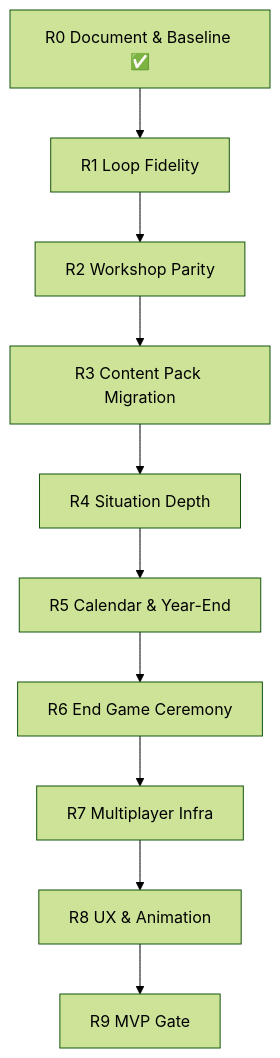
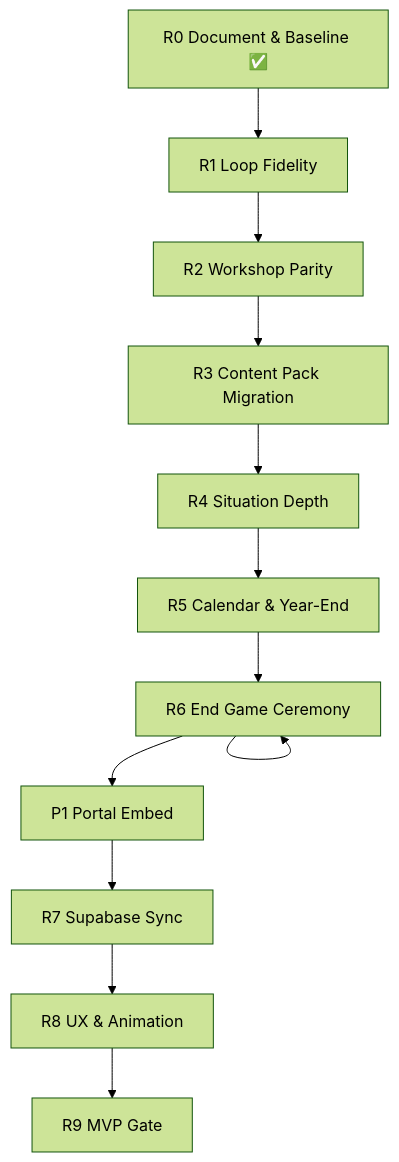
The diagram in SPIKE_LIFE/docs/gdd/GDS_v1_REALIGNMENT_PHASES.md (nmatunog/SPIKE), drawn with Mermaid (forest theme) before and after one commit. The commit also changed other lines of this file and 60 other files, not shown here.

Commit message:
SPIKE LIFE GDS v1.0 realignment: campaign loop, content pack, Portal embed, Supabase persistence

````diff
--- a/SPIKE_LIFE/docs/gdd/GDS_v1_REALIGNMENT_PHASES.md
+++ b/SPIKE_LIFE/docs/gdd/GDS_v1_REALIGNMENT_PHASES.md
@@ -23,12 +23,14 @@
 ```mermaid
 flowchart TB
   R0[R0 Document & Baseline ✅] --> R1[R1 Loop Fidelity]
   R1 --> R2[R2 Workshop Parity]
   R2 --> R3[R3 Content Pack Migration]
   R3 --> R4[R4 Situation Depth]
   R4 --> R5[R5 Calendar & Year-End]
   R5 --> R6[R6 End Game Ceremony]
-  R6 --> R7[R7 Multiplayer Infra]
+  R6 --> R6[R6 End Game Ceremony]
+  R6 --> P1[P1 Portal Embed]
+  P1 --> R7[R7 Supabase Sync]
   R7 --> R8[R8 UX & Animation]
   R8 --> R9[R9 MVP Gate]
 ```
````
